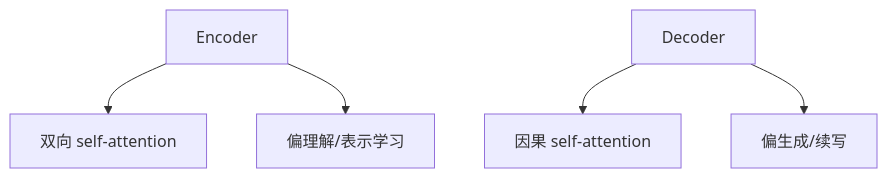
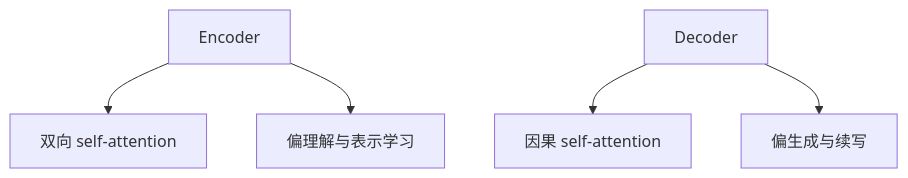
One commit to xiaoqianbaobao/ai-guide changed the second of 3 diagrams in docs/01-llm-foundations/chapter-05-encoder-decoder-and-modern-llm.md. Above: the diagram before and after it, drawn with Mermaid. The commit also changed other lines of this file and 14 other files, not shown here.

Commit message:
修复前端mermaid语法错误问题

````diff
--- a/docs/01-llm-foundations/chapter-05-encoder-decoder-and-modern-llm.md
+++ b/docs/01-llm-foundations/chapter-05-encoder-decoder-and-modern-llm.md
@@ -90,7 +90,7 @@
 ```mermaid
 flowchart TD
     A[Encoder] --> A1[双向 self-attention]
-    A --> A2[偏理解/表示学习]
+    A --> A2[偏理解与表示学习]
     B[Decoder] --> B1[因果 self-attention]
-    B --> B2[偏生成/续写]
+    B --> B2[偏生成与续写]
 ```
````
